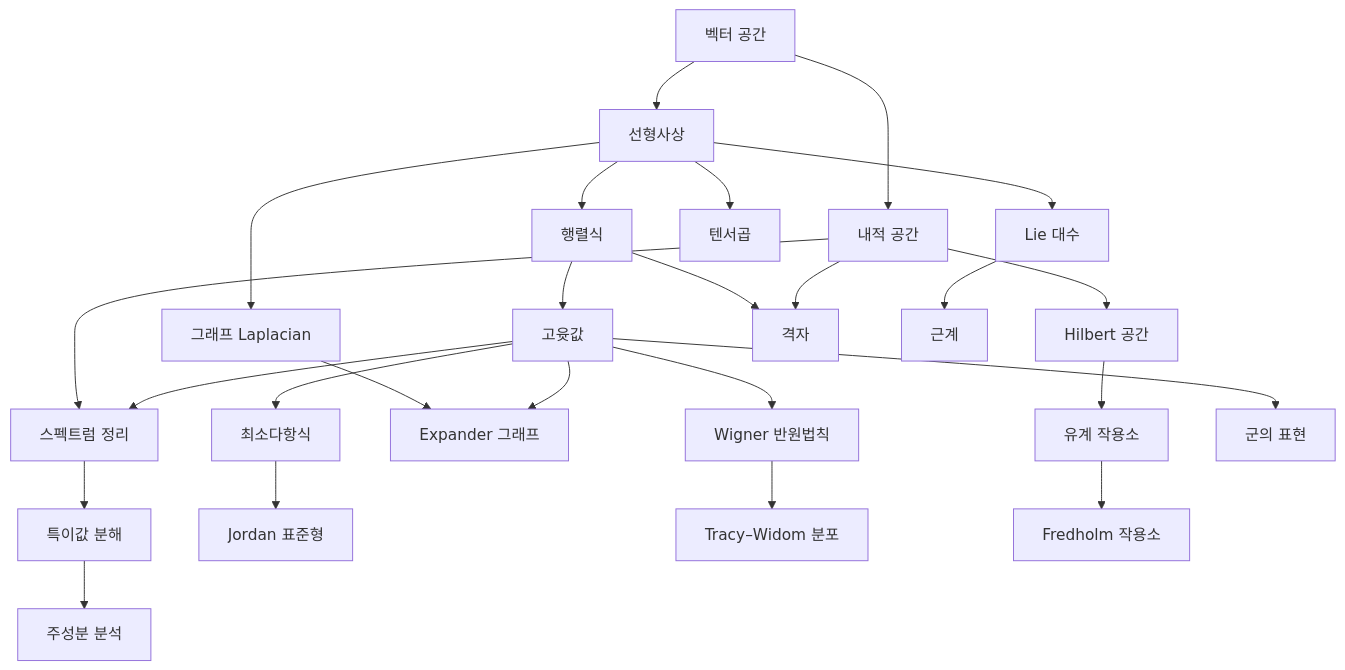
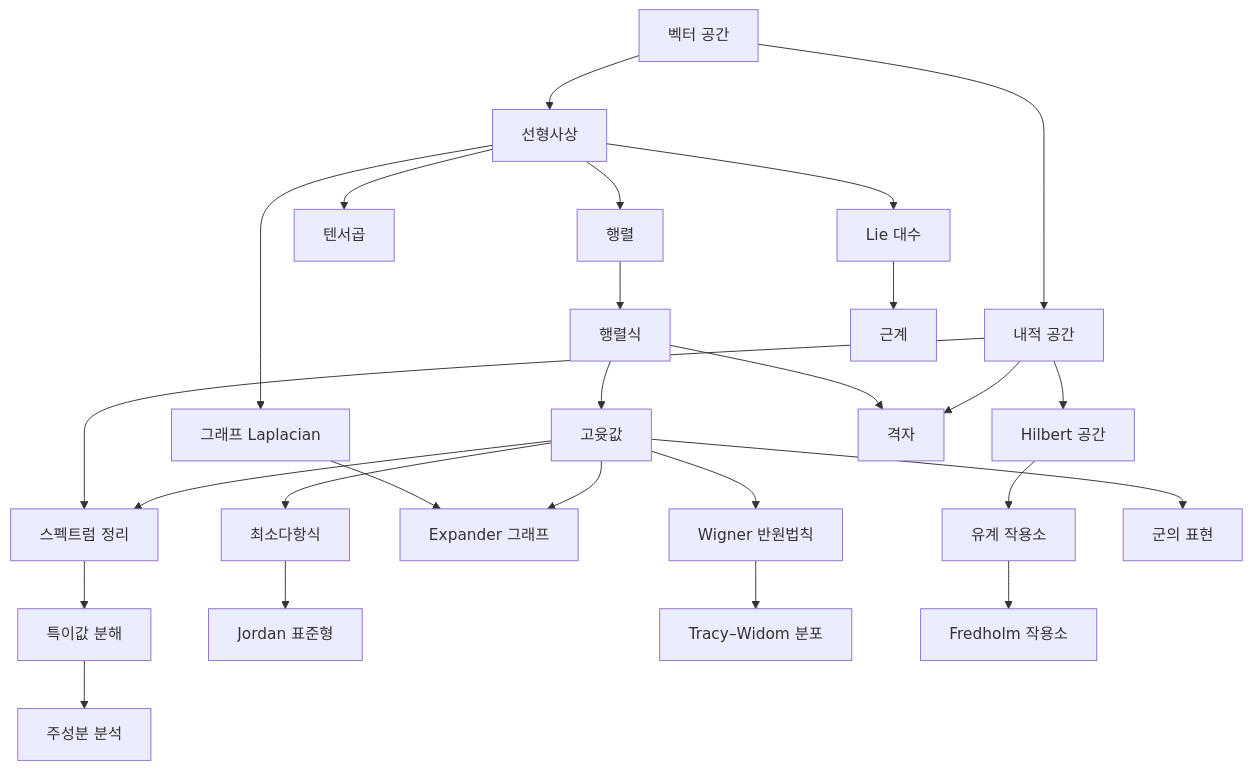
Before and after one commit to Phryxia/math-map: the diagram in docs/linear-algebra-overview.md, drawn with Mermaid. The commit also changed other lines of this file and 6 other files, not shown here.

````diff
--- a/docs/linear-algebra-overview.md
+++ b/docs/linear-algebra-overview.md
@@ -11,16 +11,16 @@
 ```mermaid
 graph TD
-  VS["벡터 공간"] --> LM["선형사상"] --> DT["행렬식"] --> EV["고윳값"]
+  VS["벡터 공간"] --> LM["선형사상"] --> MX["행렬"] --> DT["행렬식"] --> EV["고윳값"]
   VS --> IP["내적 공간"] --> ST["스펙트럼 정리"] --> SVD["특이값 분해"] --> PCA["주성분 분석"]
   EV --> MP["최소다항식"] --> JC["Jordan 표준형"]
   EV --> ST
   LM --> GL["그래프 Laplacian"] --> EX["Expander 그래프"]
   EV --> EX
   EV --> WS["Wigner 반원법칙"] --> TW["Tracy–Widom 분포"]
   IP --> HS["Hilbert 공간"] --> BO["유계 작용소"] --> FO["Fredholm 작용소"]
   DT --> LT["격자"]
   IP --> LT
   LM --> TP["텐서곱"]
   LM --> LA["Lie 대수"] --> RS["근계"]
   EV --> GR["군의 표현"]
 ```
````
